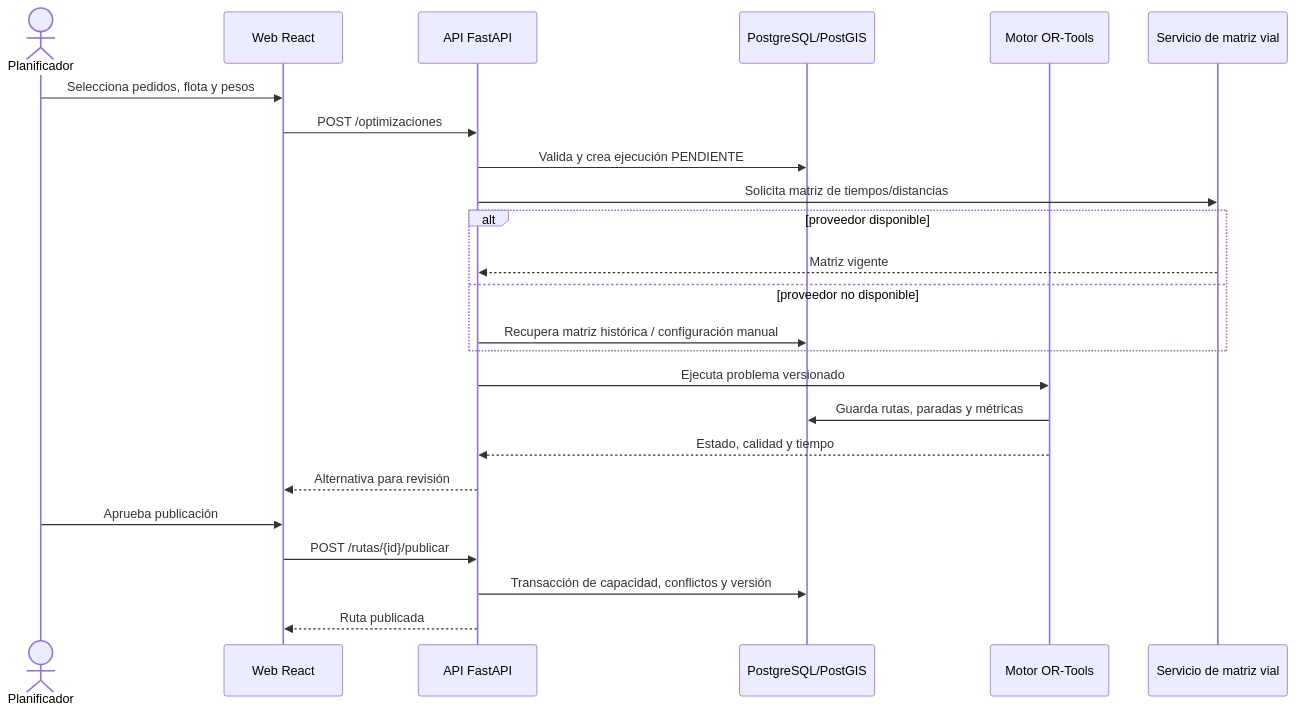
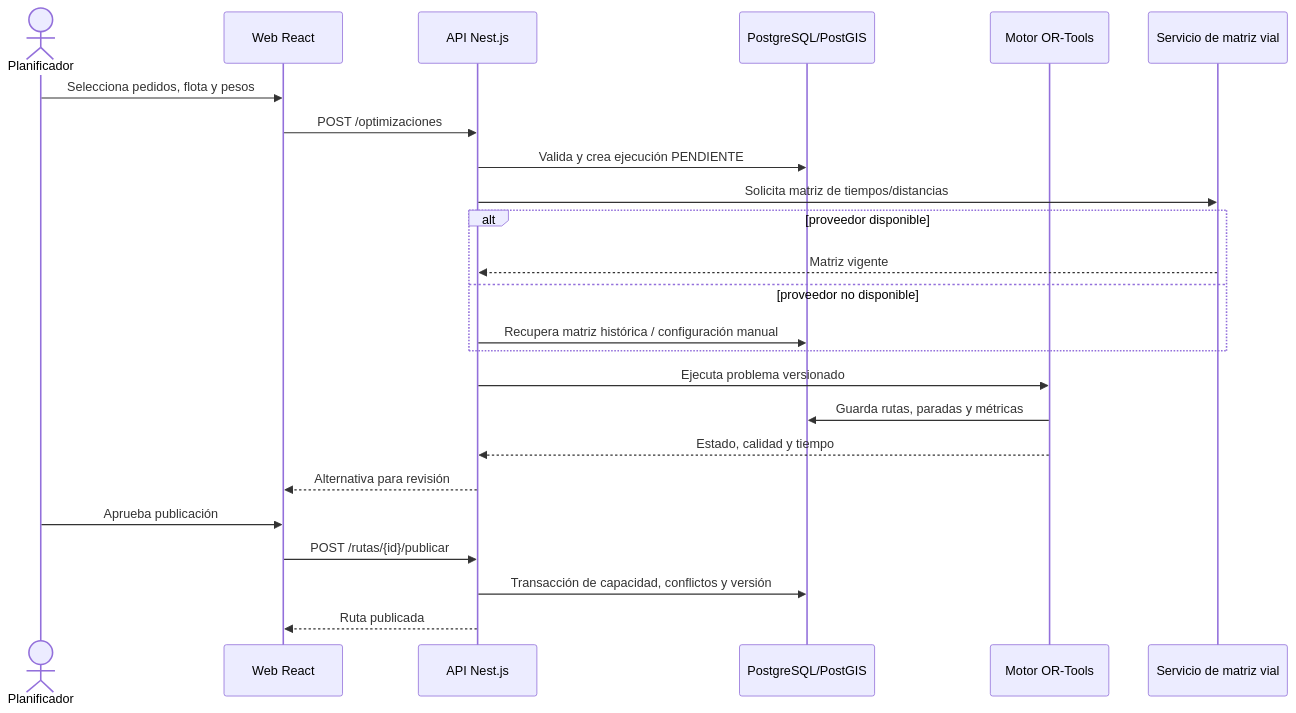
One commit to alexito-dev/EcoLogistica changed the third of 5 diagrams in docs/01 Inicio/12. Modelo C4 V_1_0_0.md. Above: the diagram before and after it, drawn with Mermaid. The commit also changed other lines of this file and 6 other files, not shown here.

Commit message:
docs(architecture): adopt Next Nest and Python optimizer

````diff
--- a/docs/01 Inicio/12. Modelo C4 V_1_0_0.md
+++ b/docs/01 Inicio/12. Modelo C4 V_1_0_0.md
@@ -89,27 +89,27 @@
 ```mermaid
 sequenceDiagram
     actor P as Planificador
     participant W as Web React
-    participant A as API FastAPI
+    participant A as API Nest.js
     participant D as PostgreSQL/PostGIS
     participant O as Motor OR-Tools
     participant M as Servicio de matriz vial
 
     P->>W: Selecciona pedidos, flota y pesos
     W->>A: POST /optimizaciones
     A->>D: Valida y crea ejecución PENDIENTE
     A->>M: Solicita matriz de tiempos/distancias
     alt proveedor disponible
         M-->>A: Matriz vigente
     else proveedor no disponible
         A->>D: Recupera matriz histórica / configuración manual
     end
     A->>O: Ejecuta problema versionado
     O->>D: Guarda rutas, paradas y métricas
     O-->>A: Estado, calidad y tiempo
     A-->>W: Alternativa para revisión
     P->>W: Aprueba publicación
     W->>A: POST /rutas/{id}/publicar
     A->>D: Transacción de capacidad, conflictos y versión
     A-->>W: Ruta publicada
 ```
````
